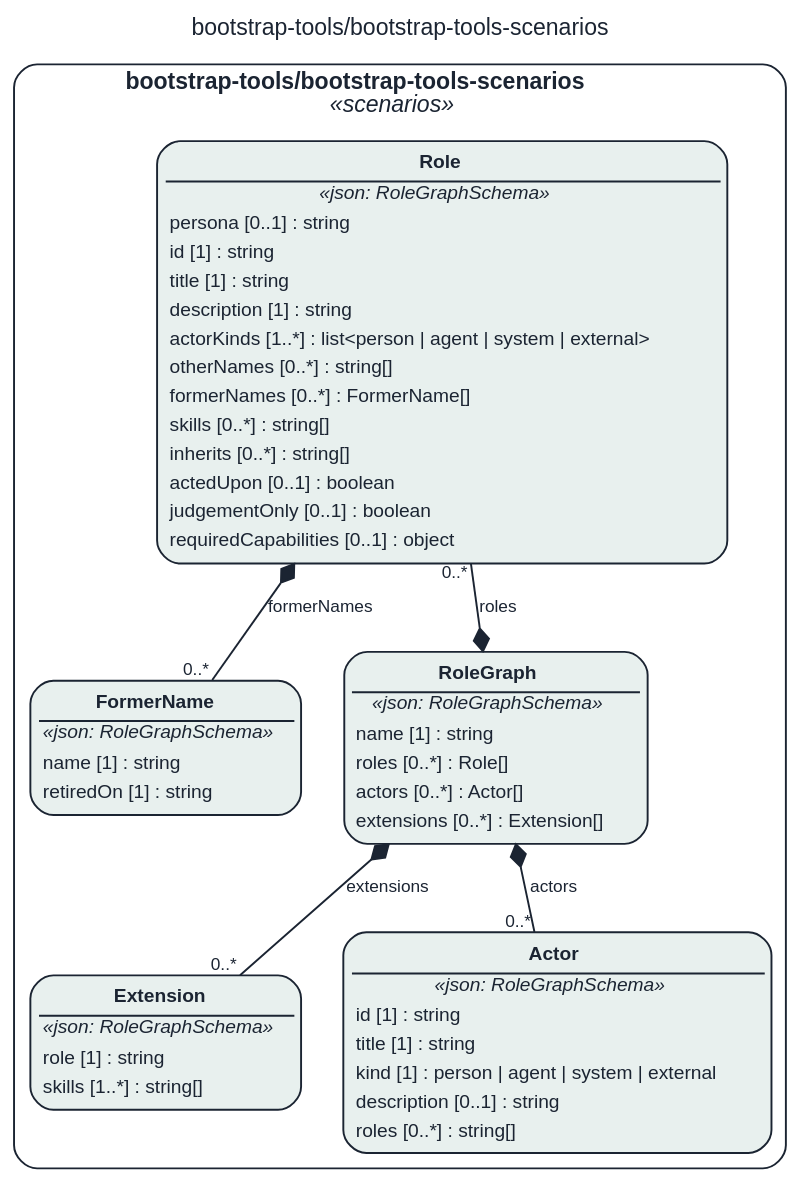
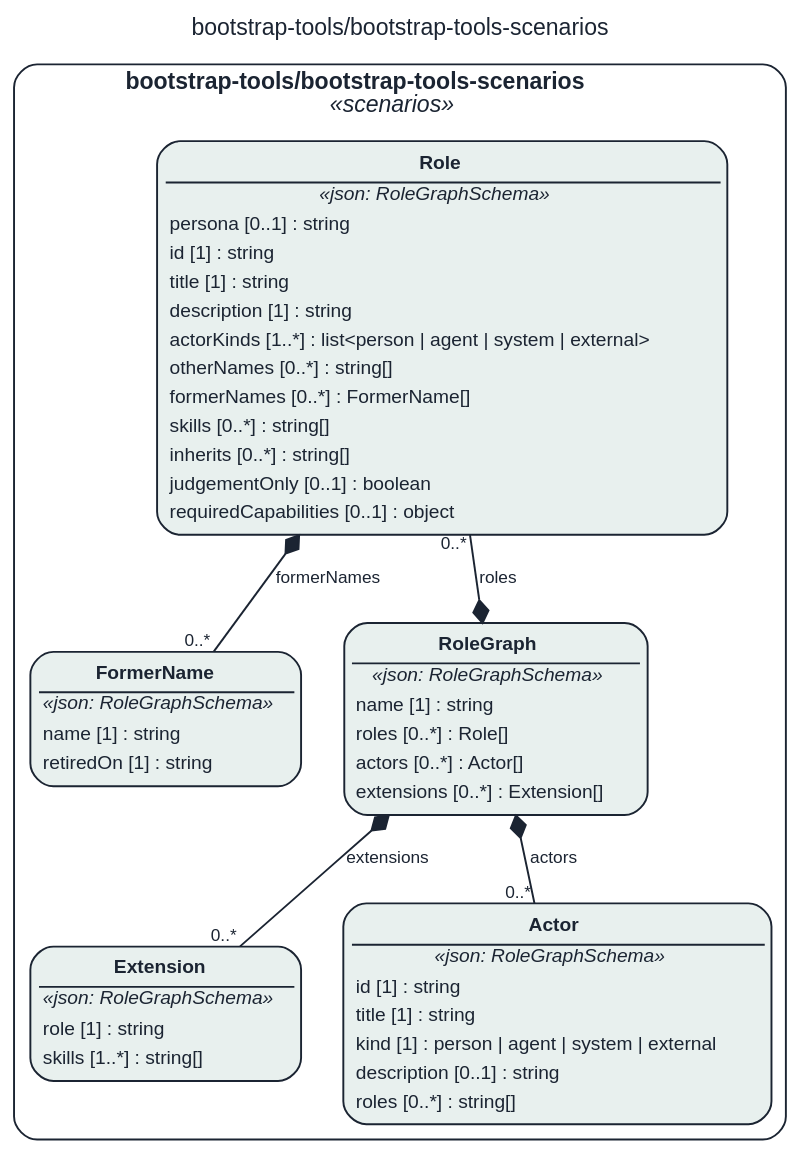
One commit to litlfred/folio-assistant changed the diagram in STAGING/claude-repin-library-viewers/assets/img/uml/overview/bootstrap-tools/bootstrap-tools-scenarios.dot. Above: the diagram before and after it, drawn with Graphviz. The commit also changed 2739 other files, not shown here.

```diff
--- a/STAGING/claude-repin-library-viewers/assets/img/uml/overview/bootstrap-tools/bootstrap-tools-scenarios.dot
+++ b/STAGING/claude-repin-library-viewers/assets/img/uml/overview/bootstrap-tools/bootstrap-tools-scenarios.dot
@@ -1,21 +1,21 @@
 // GENERATED by cat-harness-tools/scripts/gen-uml-overview.ts — do not edit.
 // Rendered page (interactive view, same model): https://litlfred.github.io/folio-assistant/uml/overview/bootstrap-tools/bootstrap-tools-scenarios.html
 digraph "bootstrap_tools_bootstrap_tools_scenarios" {
   graph [label="bootstrap-tools/bootstrap-tools-scenarios", labelloc=t, fontname="Helvetica", fontsize=12, fontcolor="#1b2432", newrank=true, ratio=auto, nodesep=0.3, ranksep=0.5, bgcolor="transparent"];
   node [shape=box, style="rounded,filled", margin=0.05, fontname="Helvetica", fontsize=10, color="#1b2432", fontcolor="#1b2432"];
   edge [color="#1b2432", fontcolor="#1b2432", fontname="Helvetica", fontsize=9];
   subgraph "cluster_pkg_bootstrap_tools_bootstrap_tools_scenarios" {
     label=<<b>bootstrap-tools/bootstrap-tools-scenarios</b><br/><i>«scenarios»</i>>; style="rounded"; color="#1b2432"; class="fa_uml_subgraph";
     "bootstrap_tools_bootstrap_tools_scenarios_FormerName" [fillcolor="#e8f0ee", class="fa_uml_kind_scenarios", label=<<table border="0" cellborder="0" cellspacing="0" cellpadding="2"><tr><td border="1" sides="b"><b>FormerName</b></td></tr><tr><td><i>«json: RoleGraphSchema»</i></td></tr><tr><td align="left">name [1] : string</td></tr><tr><td align="left">retiredOn [1] : string</td></tr></table>>];
-    "bootstrap_tools_bootstrap_tools_scenarios_Role" [fillcolor="#e8f0ee", class="fa_uml_kind_scenarios", label=<<table border="0" cellborder="0" cellspacing="0" cellpadding="2"><tr><td border="1" sides="b"><b>Role</b></td></tr><tr><td><i>«json: RoleGraphSchema»</i></td></tr><tr><td align="left">persona [0..1] : string</td></tr><tr><td align="left">id [1] : string</td></tr><tr><td align="left">title [1] : string</td></tr><tr><td align="left">description [1] : string</td></tr><tr><td align="left">actorKinds [1..*] : list&lt;person | agent | system | external&gt;</td></tr><tr><td align="left">otherNames [0..*] : string[]</td></tr><tr><td align="left">formerNames [0..*] : FormerName[]</td></tr><tr><td align="left">skills [0..*] : string[]</td></tr><tr><td align="left">inherits [0..*] : string[]</td></tr><tr><td align="left">actedUpon [0..1] : boolean</td></tr><tr><td align="left">judgementOnly [0..1] : boolean</td></tr><tr><td align="left">requiredCapabilities [0..1] : object</td></tr></table>>];
+    "bootstrap_tools_bootstrap_tools_scenarios_Role" [fillcolor="#e8f0ee", class="fa_uml_kind_scenarios", label=<<table border="0" cellborder="0" cellspacing="0" cellpadding="2"><tr><td border="1" sides="b"><b>Role</b></td></tr><tr><td><i>«json: RoleGraphSchema»</i></td></tr><tr><td align="left">persona [0..1] : string</td></tr><tr><td align="left">id [1] : string</td></tr><tr><td align="left">title [1] : string</td></tr><tr><td align="left">description [1] : string</td></tr><tr><td align="left">actorKinds [1..*] : list&lt;person | agent | system | external&gt;</td></tr><tr><td align="left">otherNames [0..*] : string[]</td></tr><tr><td align="left">formerNames [0..*] : FormerName[]</td></tr><tr><td align="left">skills [0..*] : string[]</td></tr><tr><td align="left">inherits [0..*] : string[]</td></tr><tr><td align="left">judgementOnly [0..1] : boolean</td></tr><tr><td align="left">requiredCapabilities [0..1] : object</td></tr></table>>];
     "bootstrap_tools_bootstrap_tools_scenarios_Actor" [fillcolor="#e8f0ee", class="fa_uml_kind_scenarios", label=<<table border="0" cellborder="0" cellspacing="0" cellpadding="2"><tr><td border="1" sides="b"><b>Actor</b></td></tr><tr><td><i>«json: RoleGraphSchema»</i></td></tr><tr><td align="left">id [1] : string</td></tr><tr><td align="left">title [1] : string</td></tr><tr><td align="left">kind [1] : person | agent | system | external</td></tr><tr><td align="left">description [0..1] : string</td></tr><tr><td align="left">roles [0..*] : string[]</td></tr></table>>];
     "bootstrap_tools_bootstrap_tools_scenarios_Extension" [fillcolor="#e8f0ee", class="fa_uml_kind_scenarios", label=<<table border="0" cellborder="0" cellspacing="0" cellpadding="2"><tr><td border="1" sides="b"><b>Extension</b></td></tr><tr><td><i>«json: RoleGraphSchema»</i></td></tr><tr><td align="left">role [1] : string</td></tr><tr><td align="left">skills [1..*] : string[]</td></tr></table>>];
     "bootstrap_tools_bootstrap_tools_scenarios_RoleGraph" [fillcolor="#e8f0ee", class="fa_uml_kind_scenarios", label=<<table border="0" cellborder="0" cellspacing="0" cellpadding="2"><tr><td border="1" sides="b"><b>RoleGraph</b></td></tr><tr><td><i>«json: RoleGraphSchema»</i></td></tr><tr><td align="left">name [1] : string</td></tr><tr><td align="left">roles [0..*] : Role[]</td></tr><tr><td align="left">actors [0..*] : Actor[]</td></tr><tr><td align="left">extensions [0..*] : Extension[]</td></tr></table>>];
   }
   "bootstrap_tools_bootstrap_tools_scenarios_Role" -> "bootstrap_tools_bootstrap_tools_scenarios_FormerName" [dir=both, arrowtail=diamond, arrowhead=none, label="formerNames", headlabel="0..*", class="fa_uml_composition"];
   "bootstrap_tools_bootstrap_tools_scenarios_RoleGraph" -> "bootstrap_tools_bootstrap_tools_scenarios_Role" [dir=both, arrowtail=diamond, arrowhead=none, label="roles", headlabel="0..*", class="fa_uml_composition"];
   "bootstrap_tools_bootstrap_tools_scenarios_RoleGraph" -> "bootstrap_tools_bootstrap_tools_scenarios_Actor" [dir=both, arrowtail=diamond, arrowhead=none, label="actors", headlabel="0..*", class="fa_uml_composition"];
   "bootstrap_tools_bootstrap_tools_scenarios_RoleGraph" -> "bootstrap_tools_bootstrap_tools_scenarios_Extension" [dir=both, arrowtail=diamond, arrowhead=none, label="extensions", headlabel="0..*", class="fa_uml_composition"];
   "bootstrap_tools_bootstrap_tools_scenarios_FormerName" -> "bootstrap_tools_bootstrap_tools_scenarios_Extension" [style=invis, class="kg-graph-anchor"];
   "bootstrap_tools_bootstrap_tools_scenarios_Role" -> "bootstrap_tools_bootstrap_tools_scenarios_RoleGraph" [style=invis, class="kg-graph-anchor"];
 }
```
